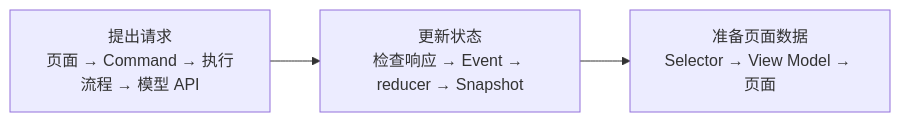
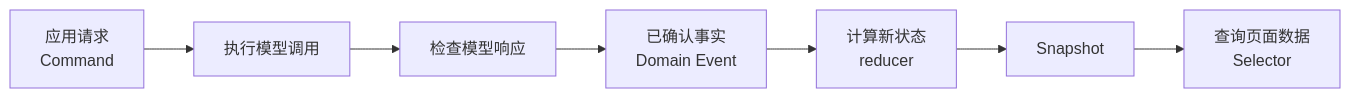
The third of 3 diagrams in docs-next/src/concepts/runtime-overview.md (gene9831/tiny-robot), drawn with Mermaid before and after one commit. The commit also changed other lines of this file and 7 other files, not shown here.

````diff
--- a/docs-next/src/concepts/runtime-overview.md
+++ b/docs-next/src/concepts/runtime-overview.md
@@ -36,8 +62,9 @@
 ```mermaid
 flowchart LR
-  Request["提出请求<br/>页面 → Command → 执行流程 → 模型 API"]
-  Reduce["更新状态<br/>检查响应 → Event → reducer → Snapshot"]
-  Project["准备页面数据<br/>Selector → View Model → 页面"]
-
-  Request --> Reduce --> Project
+  Request["应用请求<br/>Command"] --> Execute["执行模型调用"]
+  Execute --> Check["检查模型响应"]
+  Check --> Fact["已确认事实<br/>Domain Event"]
+  Fact --> Reduce["计算新状态<br/>reducer"]
+  Reduce --> State["Snapshot"]
+  State --> Query["查询页面数据<br/>Selector"]
 ```
````
